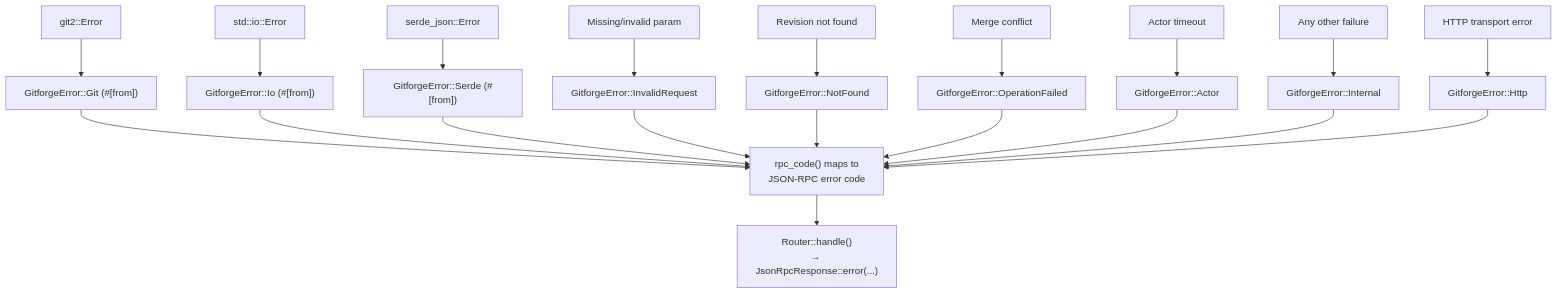
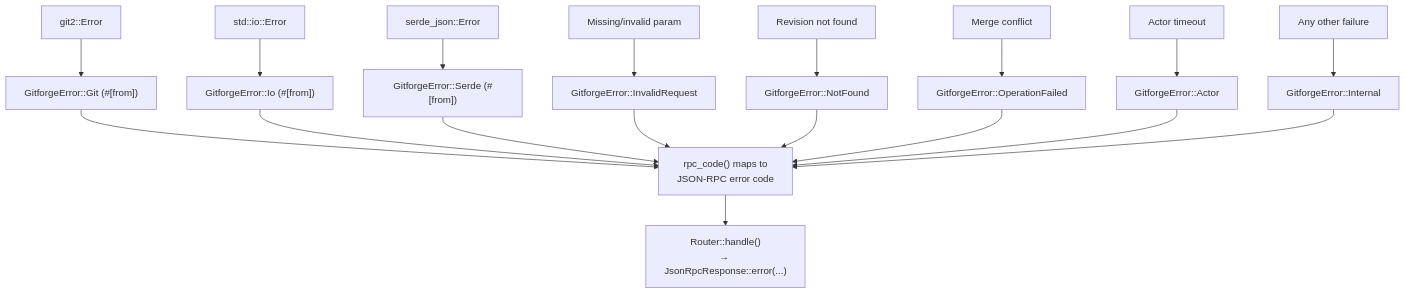
The sixth of 7 diagrams in DEV_IN_DEPTH.md (pritam12426/gitforge), drawn with Mermaid before and after one commit. The commit also changed other lines of this file and 14 other files, not shown here.

First line of the commit message:
refactor: remove HTTP transport and server subcommand

````diff
--- a/DEV_IN_DEPTH.md
+++ b/DEV_IN_DEPTH.md
@@ -896,24 +759,22 @@
 ```mermaid
 flowchart TD
     A["git2::Error"] --> B["GitforgeError::Git (#[from])"]
     C["std::io::Error"] --> D["GitforgeError::Io (#[from])"]
     E["serde_json::Error"] --> F["GitforgeError::Serde (#[from])"]
     G["Missing/invalid param"] --> H["GitforgeError::InvalidRequest"]
     I["Revision not found"] --> J["GitforgeError::NotFound"]
     K["Merge conflict"] --> L["GitforgeError::OperationFailed"]
     M["Actor timeout"] --> N["GitforgeError::Actor"]
     O["Any other failure"] --> P["GitforgeError::Internal"]
-    Q["HTTP transport error"] --> R["GitforgeError::Http"]
 
     B --> S["rpc_code() maps to<br/>JSON-RPC error code"]
     D --> S
     F --> S
     H --> S
     J --> S
     L --> S
     N --> S
     P --> S
-    R --> S
 
     S --> T["Router::handle()<br/>→ JsonRpcResponse::error(...)"]
 ```
````
